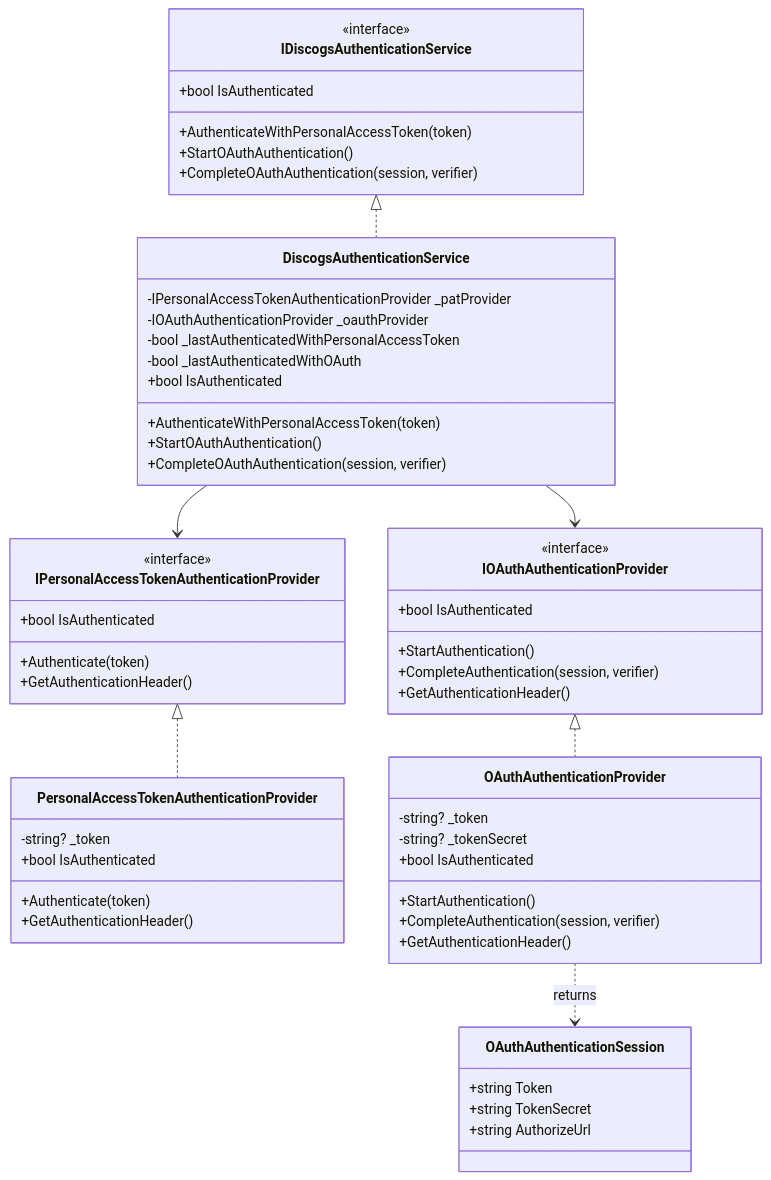
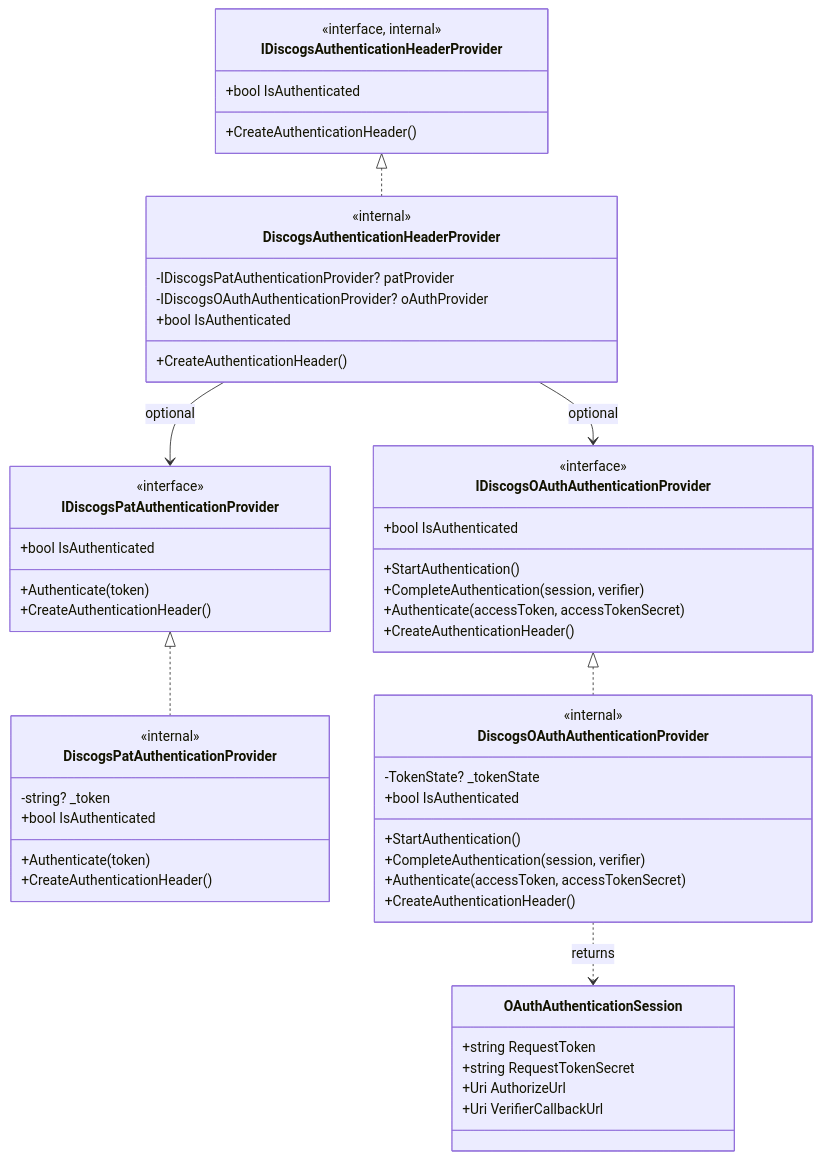
Before and after one commit to damidhagor/DiscogsApiClient: the second of 4 diagrams in docs/ARCHITECTURE.md, drawn with Mermaid. The commit also changed other lines of this file and 377 other files, not shown here.

````diff
--- a/docs/ARCHITECTURE.md
+++ b/docs/ARCHITECTURE.md
@@ -184,65 +227,64 @@
 ```mermaid
 classDiagram
-    class IDiscogsAuthenticationService {
-        <<interface>>
+    class IDiscogsAuthenticationHeaderProvider {
+        <<interface, internal>>
         +bool IsAuthenticated
-        +AuthenticateWithPersonalAccessToken(token)
-        +StartOAuthAuthentication()
-        +CompleteOAuthAuthentication(session, verifier)
+        +CreateAuthenticationHeader()
     }
 
-    class DiscogsAuthenticationService {
-        -IPersonalAccessTokenAuthenticationProvider _patProvider
-        -IOAuthAuthenticationProvider _oauthProvider
-        -bool _lastAuthenticatedWithPersonalAccessToken
-        -bool _lastAuthenticatedWithOAuth
+    class DiscogsAuthenticationHeaderProvider {
+        <<internal>>
+        -IDiscogsPatAuthenticationProvider? patProvider
+        -IDiscogsOAuthAuthenticationProvider? oAuthProvider
         +bool IsAuthenticated
-        +AuthenticateWithPersonalAccessToken(token)
-        +StartOAuthAuthentication()
-        +CompleteOAuthAuthentication(session, verifier)
+        +CreateAuthenticationHeader()
     }
 
-    class IPersonalAccessTokenAuthenticationProvider {
+    class IDiscogsPatAuthenticationProvider {
         <<interface>>
         +bool IsAuthenticated
         +Authenticate(token)
-        +GetAuthenticationHeader()
+        +CreateAuthenticationHeader()
     }
 
-    class PersonalAccessTokenAuthenticationProvider {
+    class DiscogsPatAuthenticationProvider {
+        <<internal>>
         -string? _token
         +bool IsAuthenticated
         +Authenticate(token)
-        +GetAuthenticationHeader()
+        +CreateAuthenticationHeader()
     }
 
-    class IOAuthAuthenticationProvider {
+    class IDiscogsOAuthAuthenticationProvider {
         <<interface>>
         +bool IsAuthenticated
         +StartAuthentication()
         +CompleteAuthentication(session, verifier)
-        +GetAuthenticationHeader()
+        +Authenticate(accessToken, accessTokenSecret)
+        +CreateAuthenticationHeader()
     }
 
-    class OAuthAuthenticationProvider {
-        -string? _token
-        -string? _tokenSecret
+    class DiscogsOAuthAuthenticationProvider {
+        <<internal>>
+        -TokenState? _tokenState
         +bool IsAuthenticated
         +StartAuthentication()
         +CompleteAuthentication(session, verifier)
-        +GetAuthenticationHeader()
+        +Authenticate(accessToken, accessTokenSecret)
+        +CreateAuthenticationHeader()
     }
 
     class OAuthAuthenticationSession {
-        +string Token
-        +string TokenSecret
-        +string AuthorizeUrl
+        +string RequestToken
+        +string RequestTokenSecret
+        +Uri AuthorizeUrl
+        +Uri VerifierCallbackUrl
     }
 
-    IDiscogsAuthenticationService <|.. DiscogsAuthenticationService
-    DiscogsAuthenticationService --> IPersonalAccessTokenAuthenticationProvider
-    DiscogsAuthenticationService --> IOAuthAuthenticationProvider
-    IPersonalAccessTokenAuthenticationProvider <|.. PersonalAccessTokenAuthenticationProvider
-    IOAuthAuthenticationProvider <|.. OAuthAuthenticationProvider
-    OAuthAuthenticationProvider ..> OAuthAuthenticationSession : returns
+    IDiscogsAuthenticationHeaderProvider <|.. DiscogsAuthenticationHeaderProvider
+    DiscogsAuthenticationHeaderProvider --> IDiscogsPatAuthenticationProvider : optional
+    DiscogsAuthenticationHeaderProvider --> IDiscogsOAuthAuthenticationProvider : optional
+    IDiscogsPatAuthenticationProvider <|.. DiscogsPatAuthenticationProvider
+    IDiscogsOAuthAuthenticationProvider <|.. DiscogsOAuthAuthenticationProvider
+    DiscogsOAuthAuthenticationProvider ..> OAuthAuthenticationSession : returns
 ```
````
